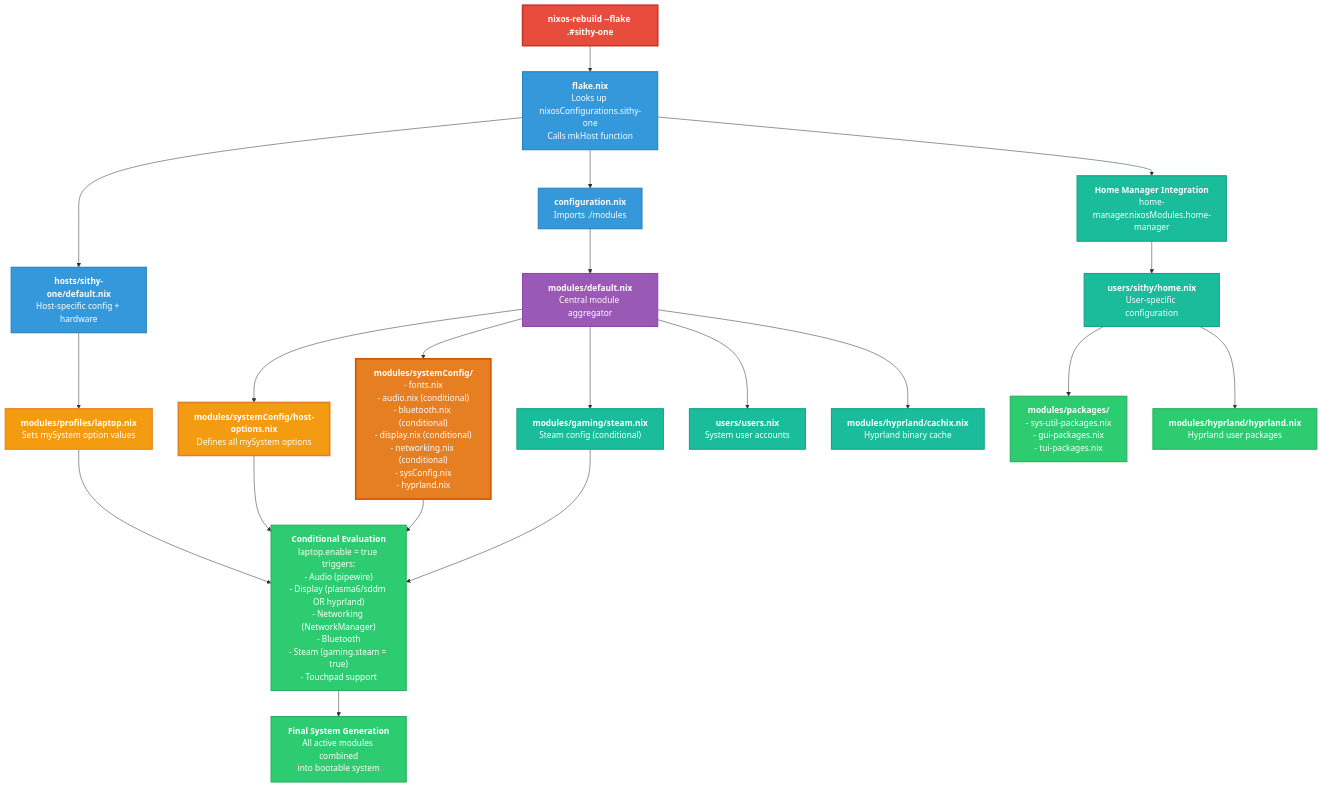
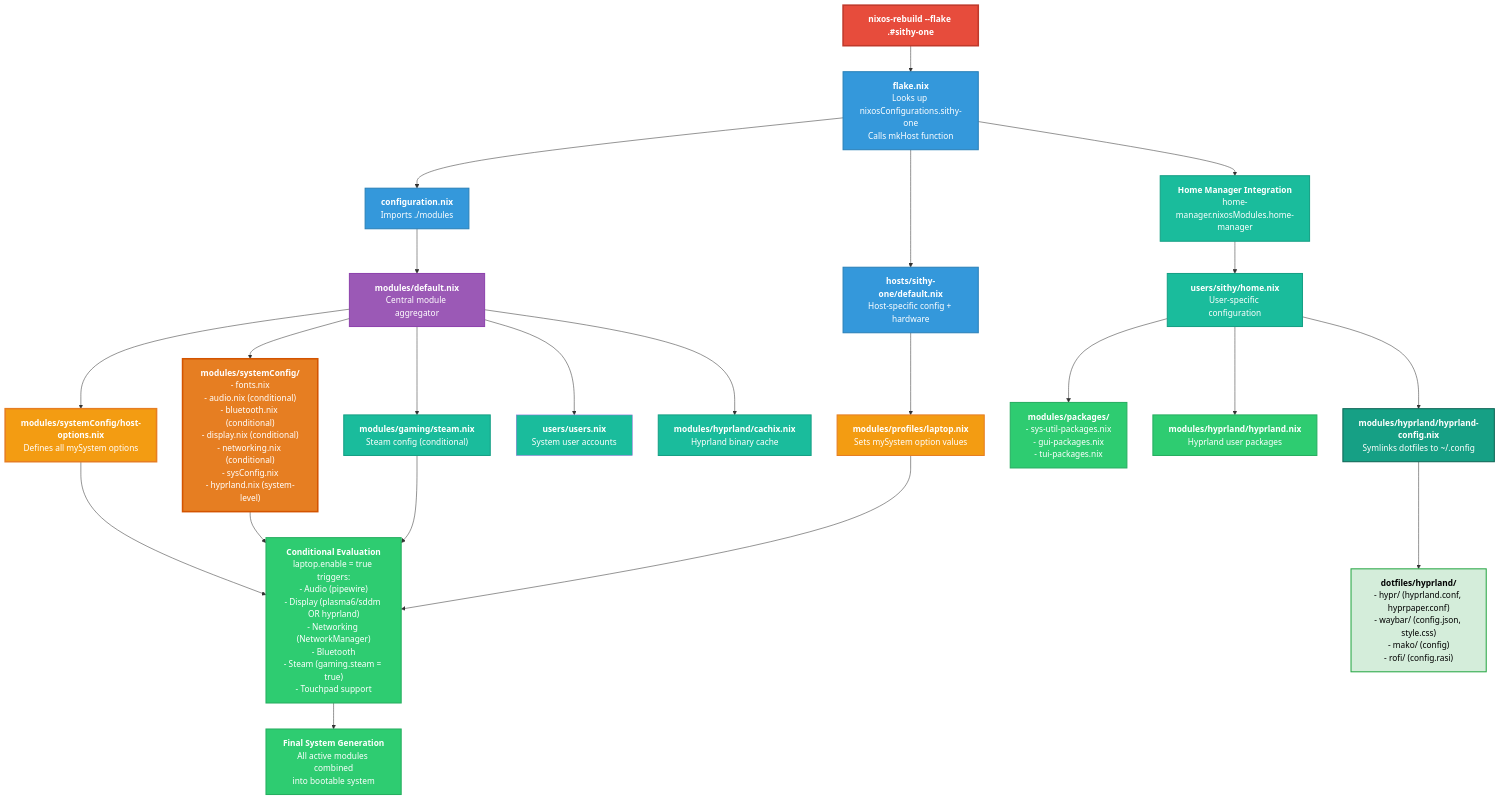
One commit to sithypenguin/nix-config changed the diagram in rebuild-flow.md. Above: the diagram before and after it, drawn with Mermaid. The commit also changed other lines of this file, not shown here.

Commit message:
AI Draft of rebuild-flow.md

````diff
--- a/rebuild-flow.md
+++ b/rebuild-flow.md
@@ -26,7 +47,7 @@
     - display.nix (conditional)
     - networking.nix (conditional)
     - sysConfig.nix
-    - hyprland.nix`"]
+    - hyprland.nix (system-level)`"]
     
     E --> I["`**modules/gaming/steam.nix**
     Steam config (conditional)`"]
@@ -50,6 +71,15 @@
     
     L --> N1["`**modules/hyprland/hyprland.nix**
     Hyprland user packages`"]
+    
+    L --> N2["`**modules/hyprland/hyprland-config.nix**
+    Symlinks dotfiles to ~/.config`"]
+    
+    N2 --> N3["`**dotfiles/hyprland/**
+    - hypr/ (hyprland.conf, hyprpaper.conf)
+    - waybar/ (config.json, style.css)
+    - mako/ (config)
+    - rofi/ (config.rasi)`"]
     
     F --> N["`**Conditional Evaluation**
     laptop.enable = true triggers:
@@ -78,13 +108,14 @@
     style G fill:#f39c12,stroke:#e67e22,stroke-width:3px,color:#fff
     style H fill:#e67e22,stroke:#d35400,stroke-width:3px,color:#fff
     style I fill:#1abc9c,stroke:#16a085,stroke-width:2px,color:#fff
-    style J fill:#1abc9c,stroke:#16a085,stroke-width:2px,color:#fff
+    style J fill:#1abc9c,stroke:#16a085,stroke:#width:2px,color:#fff
     style K fill:#1abc9c,stroke:#16a085,stroke-width:2px,color:#fff
     style K1 fill:#1abc9c,stroke:#16a085,stroke-width:2px,color:#fff
     style L fill:#1abc9c,stroke:#16a085,stroke-width:2px,color:#fff
     style M fill:#2ecc71,stroke:#27ae60,stroke-width:2px,color:#fff
     style N fill:#2ecc71,stroke:#27ae60,stroke-width:2px,color:#fff
     style N1 fill:#2ecc71,stroke:#27ae60,stroke-width:2px,color:#fff
+    style N2 fill:#16a085,stroke:#0e6655,stroke-width:2px,color:#fff
+    style N3 fill:#d4edda,stroke:#28a745,stroke-width:2px,color:#000
     style O fill:#2ecc71,stroke:#27ae60,stroke-width:2px,color:#fff
-
 ```
````
